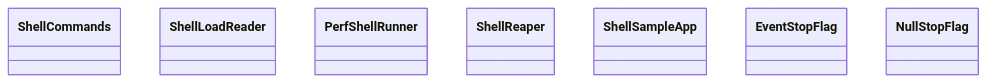
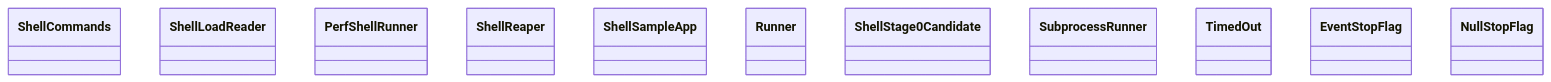
One commit to GonzaloZevallos/agentic-system changed the diagram in docs/architecture/generated/classes-process-adapters-shell.md. Above: the diagram before and after it, drawn with Mermaid. The commit also changed 8 other files, not shown here.

Commit message:
Regenerate the architecture and CLI reference pages

````diff
--- a/docs/architecture/generated/classes-process-adapters-shell.md
+++ b/docs/architecture/generated/classes-process-adapters-shell.md
@@ -11,10 +11,14 @@
 ```mermaid
 classDiagram
     class shell__commands__ShellCommands["ShellCommands"]
     class shell__load_reader__ShellLoadReader["ShellLoadReader"]
     class shell__perf_runner__PerfShellRunner["PerfShellRunner"]
     class shell__reaper__ShellReaper["ShellReaper"]
     class shell__sample_app__ShellSampleApp["ShellSampleApp"]
+    class shell__stage0_candidate__Runner["Runner"]
+    class shell__stage0_candidate__ShellStage0Candidate["ShellStage0Candidate"]
+    class shell__stage0_candidate__SubprocessRunner["SubprocessRunner"]
+    class shell__stage0_candidate__TimedOut["TimedOut"]
     class shell__stop__EventStopFlag["EventStopFlag"]
     class shell__stop__NullStopFlag["NullStopFlag"]
 ```
````
